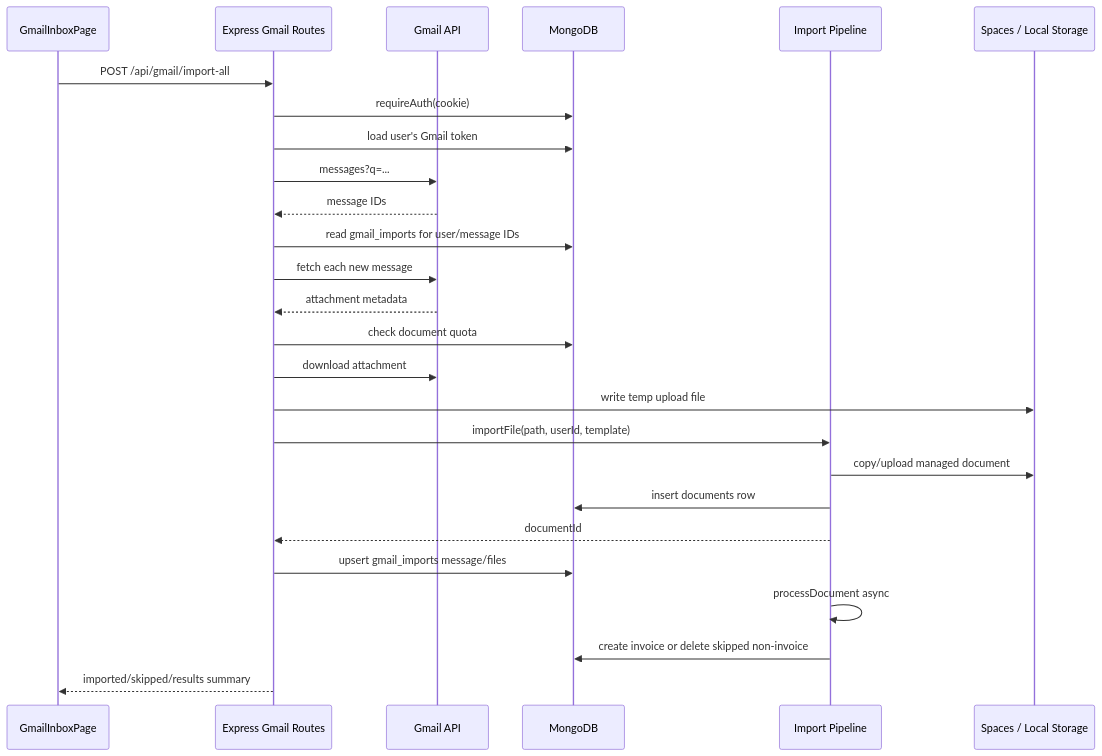
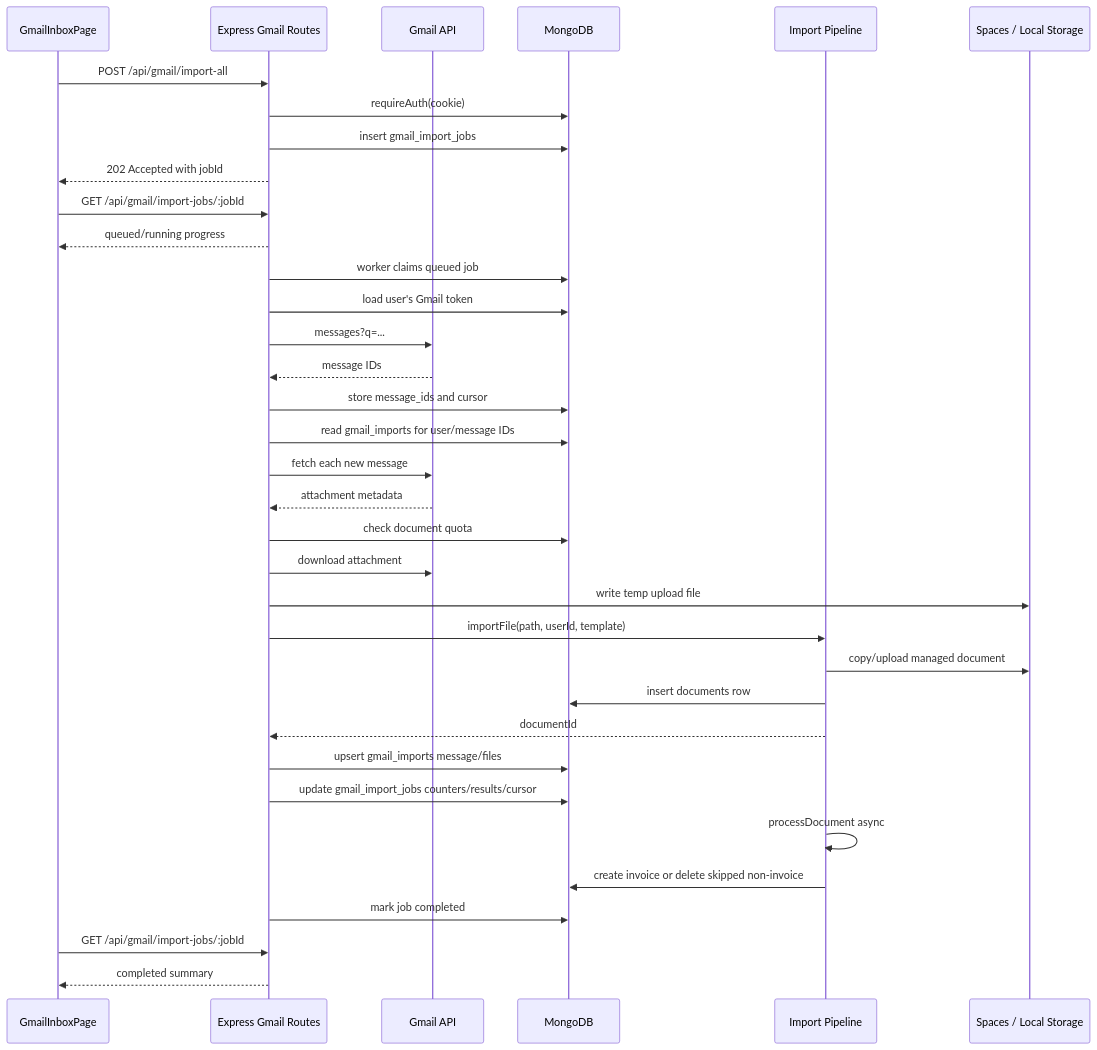
Before and after one commit to arshavskiy/Reminder: the second of 4 diagrams in docs/GMAIL_INVOICE_IMPORT_FLOW.md, drawn with Mermaid. The commit also changed other lines of this file and 6 other files, not shown here.

````diff
--- a/docs/GMAIL_INVOICE_IMPORT_FLOW.md
+++ b/docs/GMAIL_INVOICE_IMPORT_FLOW.md
@@ -88,29 +95,38 @@
 ```mermaid
 sequenceDiagram
   participant UI as GmailInboxPage
   participant API as Express Gmail Routes
   participant Gmail as Gmail API
   participant DB as MongoDB
   participant Pipeline as Import Pipeline
   participant Storage as Spaces / Local Storage
 
   UI->>API: POST /api/gmail/import-all
   API->>DB: requireAuth(cookie)
+  API->>DB: insert gmail_import_jobs
+  API-->>UI: 202 Accepted with jobId
+  UI->>API: GET /api/gmail/import-jobs/:jobId
+  API-->>UI: queued/running progress
+  API->>DB: worker claims queued job
   API->>DB: load user's Gmail token
   API->>Gmail: messages?q=...
   Gmail-->>API: message IDs
+  API->>DB: store message_ids and cursor
   API->>DB: read gmail_imports for user/message IDs
   API->>Gmail: fetch each new message
   Gmail-->>API: attachment metadata
   API->>DB: check document quota
   API->>Gmail: download attachment
   API->>Storage: write temp upload file
   API->>Pipeline: importFile(path, userId, template)
   Pipeline->>Storage: copy/upload managed document
   Pipeline->>DB: insert documents row
   Pipeline-->>API: documentId
   API->>DB: upsert gmail_imports message/files
+  API->>DB: update gmail_import_jobs counters/results/cursor
   Pipeline->>Pipeline: processDocument async
   Pipeline->>DB: create invoice or delete skipped non-invoice
-  API-->>UI: imported/skipped/results summary
+  API->>DB: mark job completed
+  UI->>API: GET /api/gmail/import-jobs/:jobId
+  API-->>UI: completed summary
 ```
````
